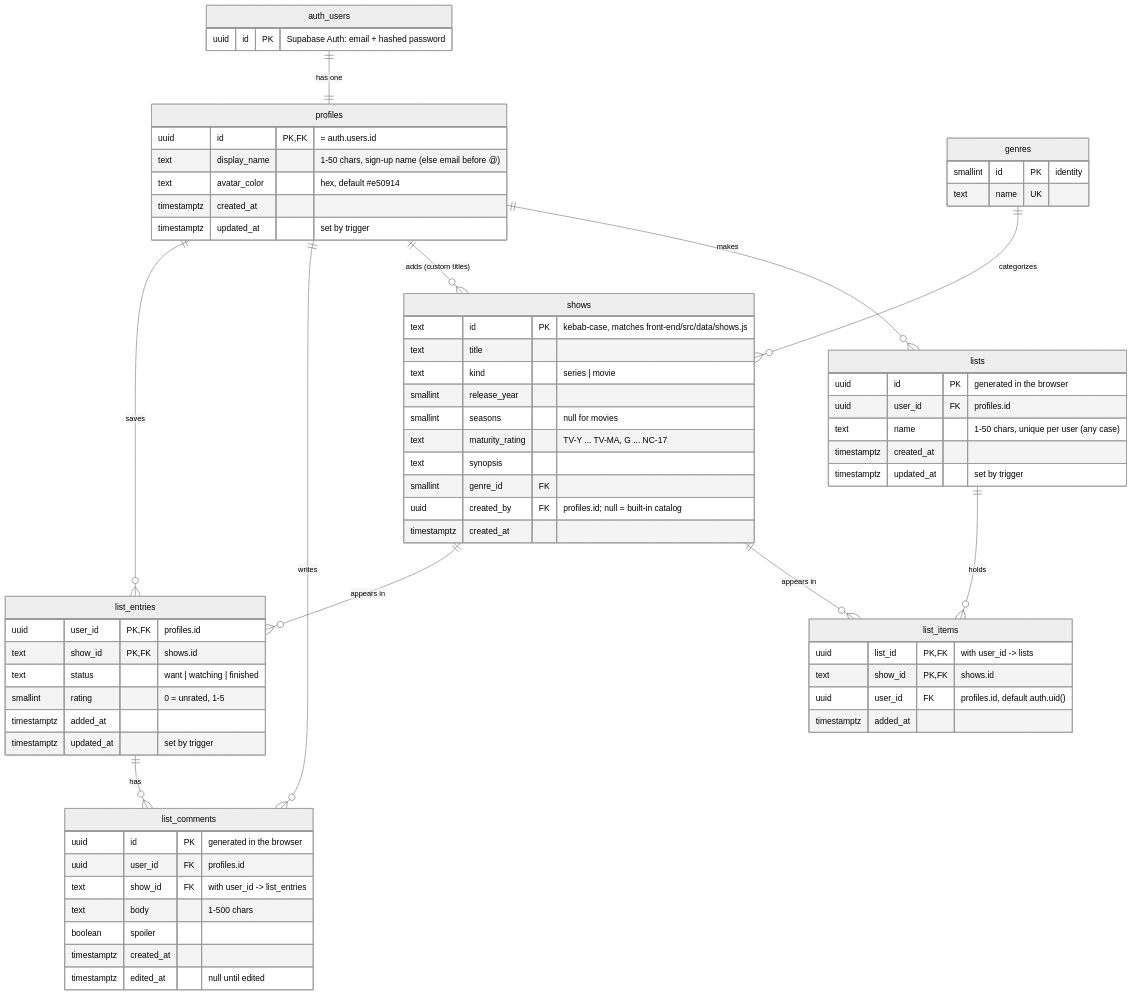
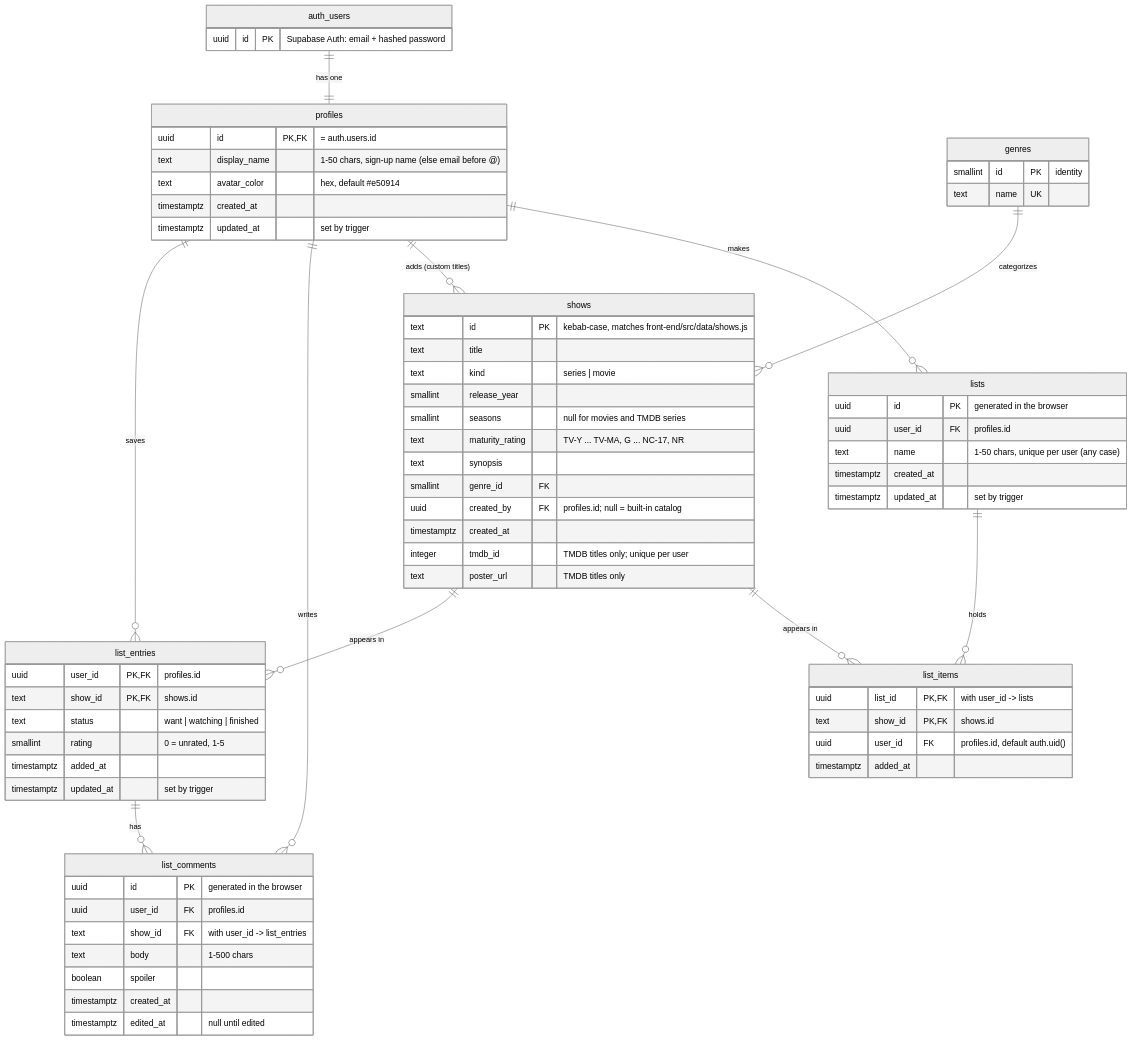
Before and after one commit to cruzjay188/netflix: the diagram in docs/SCHEMA.md, drawn with Mermaid (neutral theme). The commit also changed other lines of this file and 22 other files, not shown here.

````diff
--- a/docs/SCHEMA.md
+++ b/docs/SCHEMA.md
@@ -9,77 +9,79 @@
 ```mermaid
 erDiagram
     auth_users ||--|| profiles : "has one"
     profiles ||--o{ list_entries : "saves"
     profiles ||--o{ list_comments : "writes"
     list_entries ||--o{ list_comments : "has"
     shows ||--o{ list_entries : "appears in"
     genres ||--o{ shows : "categorizes"
     profiles ||--o{ shows : "adds (custom titles)"
     profiles ||--o{ lists : "makes"
     lists ||--o{ list_items : "holds"
     shows ||--o{ list_items : "appears in"
 
     auth_users {
         uuid id PK "Supabase Auth: email + hashed password"
     }
 
     profiles {
         uuid id PK, FK "= auth.users.id"
         text display_name "1-50 chars, sign-up name (else email before @)"
         text avatar_color "hex, default #e50914"
         timestamptz created_at
         timestamptz updated_at "set by trigger"
     }
 
     genres {
         smallint id PK "identity"
         text name UK
     }
 
     shows {
         text id PK "kebab-case, matches front-end/src/data/shows.js"
         text title
         text kind "series | movie"
         smallint release_year
-        smallint seasons "null for movies"
-        text maturity_rating "TV-Y ... TV-MA, G ... NC-17"
+        smallint seasons "null for movies and TMDB series"
+        text maturity_rating "TV-Y ... TV-MA, G ... NC-17, NR"
         text synopsis
         smallint genre_id FK
         uuid created_by FK "profiles.id; null = built-in catalog"
         timestamptz created_at
+        integer tmdb_id "TMDB titles only; unique per user"
+        text poster_url "TMDB titles only"
     }
 
     lists {
         uuid id PK "generated in the browser"
         uuid user_id FK "profiles.id"
         text name "1-50 chars, unique per user (any case)"
         timestamptz created_at
         timestamptz updated_at "set by trigger"
     }
 
     list_items {
         uuid list_id PK, FK "with user_id -> lists"
         text show_id PK, FK "shows.id"
         uuid user_id FK "profiles.id, default auth.uid()"
         timestamptz added_at
     }
 
     list_entries {
         uuid user_id PK, FK "profiles.id"
         text show_id PK, FK "shows.id"
         text status "want | watching | finished"
         smallint rating "0 = unrated, 1-5"
         timestamptz added_at
         timestamptz updated_at "set by trigger"
     }
 
     list_comments {
         uuid id PK "generated in the browser"
         uuid user_id FK "profiles.id"
         text show_id FK "with user_id -> list_entries"
         text body "1-500 chars"
         boolean spoiler
         timestamptz created_at
         timestamptz edited_at "null until edited"
     }
 ```
````
